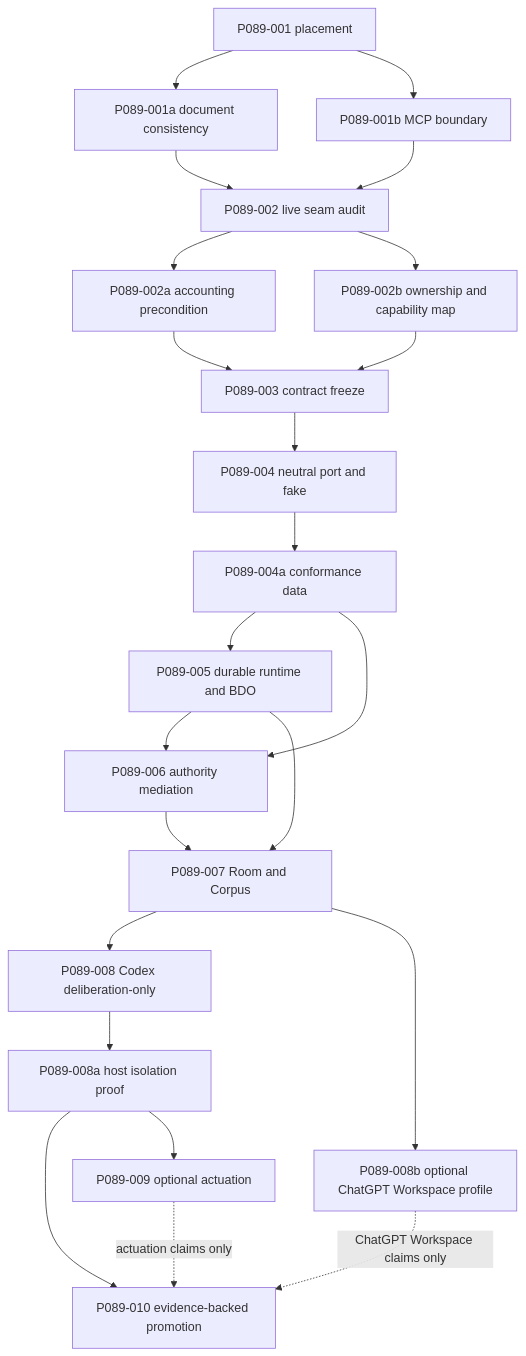
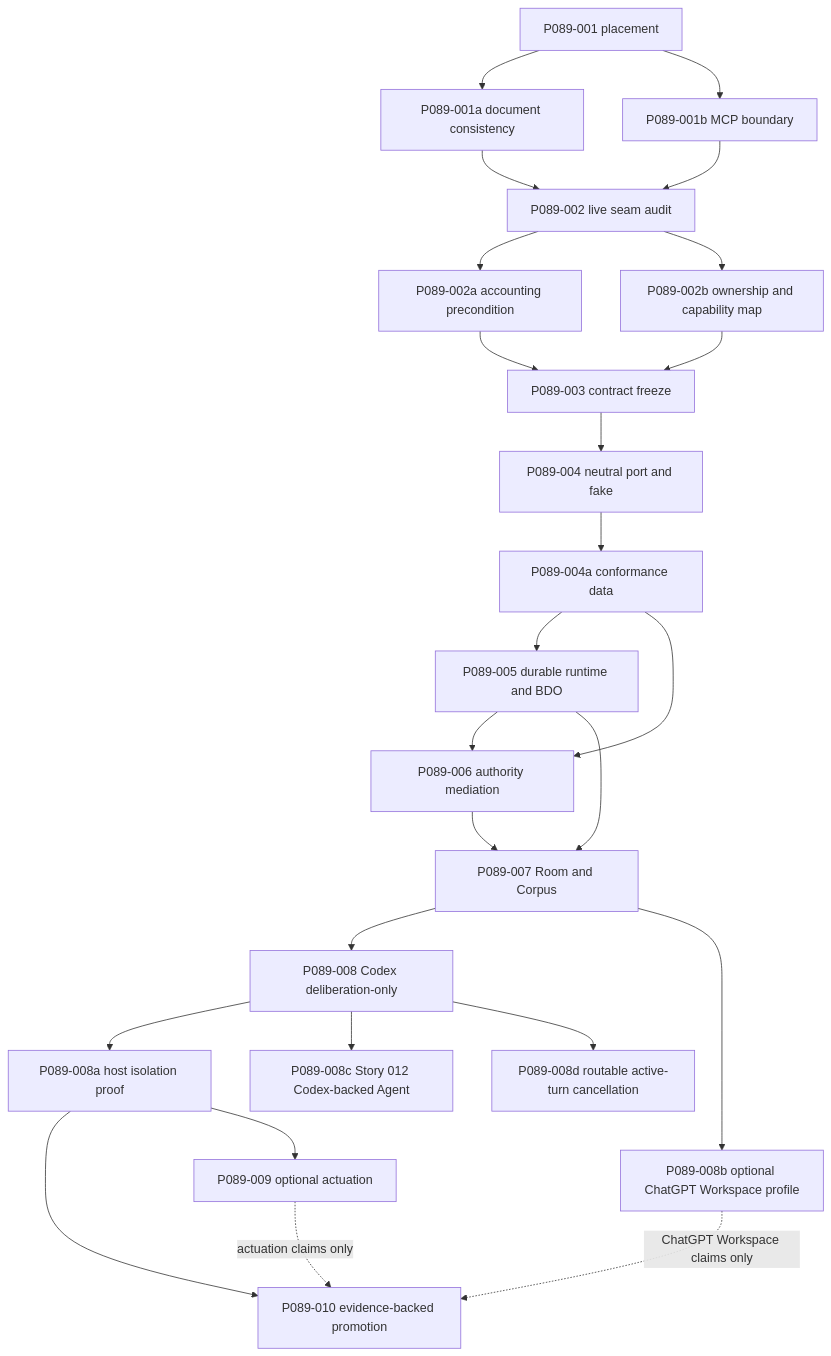
One commit to diapod/orbidocs changed the second of 2 diagrams in doc/project/40-proposals/089-external-agent-runtime-adapter-contract.md. Above: the diagram before and after it, drawn with Mermaid. The commit also changed other lines of this file and 8 other files, not shown here.

First line of the commit message:
Recorded Codex-backed Story-012 acceptance evidence

````diff
--- a/doc/project/40-proposals/089-external-agent-runtime-adapter-contract.md
+++ b/doc/project/40-proposals/089-external-agent-runtime-adapter-contract.md
@@ -684,25 +741,27 @@
 ```mermaid
 graph TD
     P001[P089-001 placement] --> P001A[P089-001a document consistency]
     P001 --> P001B[P089-001b MCP boundary]
     P001A --> P002[P089-002 live seam audit]
     P001B --> P002
     P002 --> P002A[P089-002a accounting precondition]
     P002 --> P002B[P089-002b ownership and capability map]
     P002A --> P003[P089-003 contract freeze]
     P002B --> P003
     P003 --> P004[P089-004 neutral port and fake]
     P004 --> P004A[P089-004a conformance data]
     P004A --> P005[P089-005 durable runtime and BDO]
     P004A --> P006[P089-006 authority mediation]
     P005 --> P006
     P005 --> P007[P089-007 Room and Corpus]
     P006 --> P007
     P007 --> P008[P089-008 Codex deliberation-only]
     P007 --> P008B[P089-008b optional ChatGPT Workspace profile]
     P008 --> P008A[P089-008a host isolation proof]
+    P008 --> P008C[P089-008c Story 012 Codex-backed Agent]
+    P008 --> P008D[P089-008d routable active-turn cancellation]
     P008A --> P010[P089-010 evidence-backed promotion]
     P008B -. ChatGPT Workspace claims only .-> P010
     P008A --> P009[P089-009 optional actuation]
     P009 -. actuation claims only .-> P010
 ```
````
